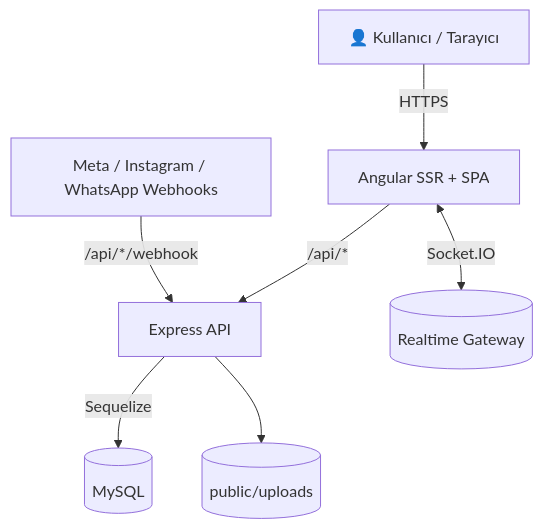
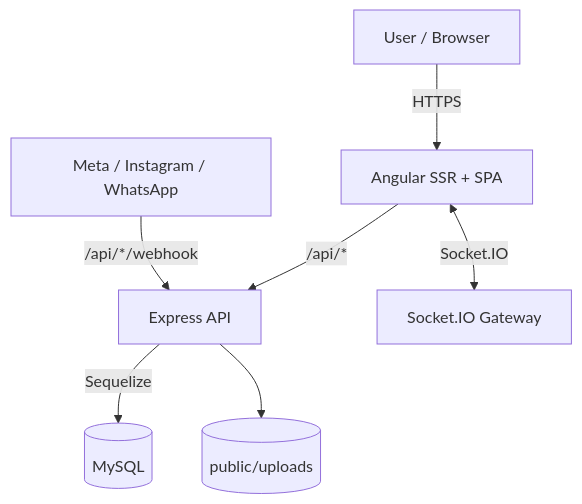
Before and after one commit to qetuo975/Modern-CRM: the diagram in README.md, drawn with Mermaid. The commit also changed other lines of this file, not shown here.

````diff
--- a/README.md
+++ b/README.md
@@ -51,9 +53,9 @@
 ```mermaid
 flowchart TB
-	U[👤 Kullanıcı / Tarayıcı] -->|HTTPS| A[Angular SSR + SPA]
-	A -->|/api/*| API[Express API]
-	API -->|Sequelize| DB[(MySQL)]
-	A <--> |Socket.IO| WS[(Realtime Gateway)]
-	EXT[Meta / Instagram / WhatsApp Webhooks] -->|/api/*/webhook| API
-	API --> FS[(public/uploads)]
+  User[User / Browser] -->|HTTPS| Web[Angular SSR + SPA]
+  Web -->|/api/*| Api[Express API]
+  Api -->|Sequelize| Db[(MySQL)]
+  Web <--> |Socket.IO| Realtime[Socket.IO Gateway]
+  Providers[Meta / Instagram / WhatsApp] -->|/api/*/webhook| Api
+  Api --> Uploads[(public/uploads)]
 ```
````
